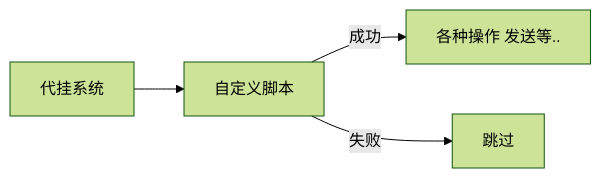
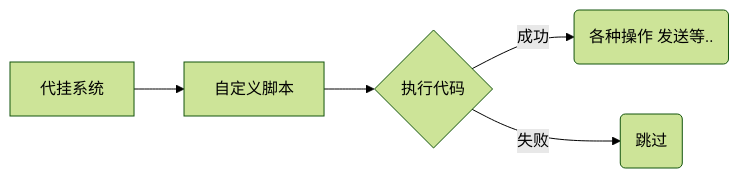
One commit to gdpl2112/dg-script changed the first of 2 diagrams in readme.md. Above: the diagram before and after it, drawn with Mermaid (forest theme). The commit also changed other lines of this file, not shown here.

````diff
--- a/readme.md
+++ b/readme.md
@@ -6,8 +6,9 @@
 ```mermaid
 graph LR
     A[代挂系统] --> B[自定义脚本]
-    B --> |成功|C
-    B --> |失败|D
-    C[各种操作 发送等..]
-    D[跳过]
+    B --> C{执行代码}
+    C --> |成功|D
+    C --> |失败|E
+    D(各种操作 发送等..)
+    E(跳过)
 ```
````
